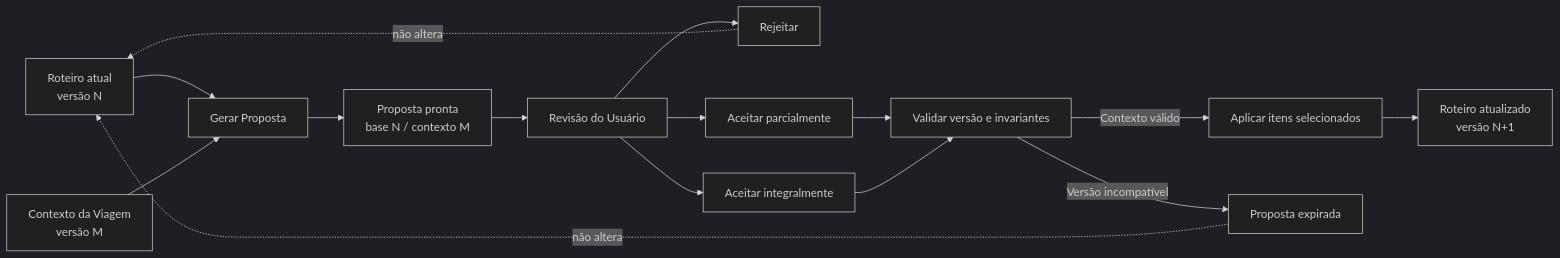
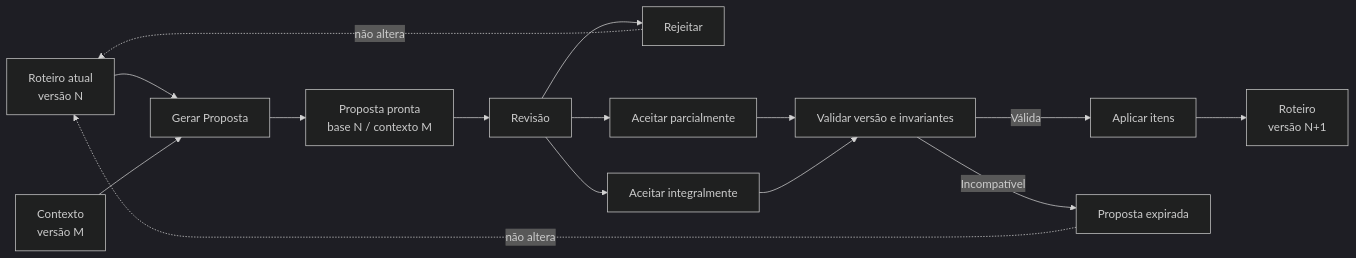
Before and after one commit to collapsy/Routebook: diagram 14 of 17 in docs/domain/domain-model.md, drawn with Mermaid (dark theme). The commit also changed other lines of this file and 1 other file, not shown here.

````diff
--- a/docs/domain/domain-model.md
+++ b/docs/domain/domain-model.md
@@ -2876,34 +2284,34 @@
-```mermaid id="27cu0h"
+```mermaid
 flowchart LR
     Current["Roteiro atual<br/>versão N"]
-    Context["Contexto da Viagem<br/>versão M"]
+    Context["Contexto<br/>versão M"]
     Generate["Gerar Proposta"]
     Proposal["Proposta pronta<br/>base N / contexto M"]
-    Review["Revisão do Usuário"]
+    Review["Revisão"]
     Reject["Rejeitar"]
     Partial["Aceitar parcialmente"]
     Full["Aceitar integralmente"]
     Validate["Validar versão e invariantes"]
-    Apply["Aplicar itens selecionados"]
-    Updated["Roteiro atualizado<br/>versão N+1"]
+    Apply["Aplicar itens"]
+    Updated["Roteiro<br/>versão N+1"]
     Expired["Proposta expirada"]
 
     Current --> Generate
     Context --> Generate
     Generate --> Proposal
     Proposal --> Review
 
     Review --> Reject
     Review --> Partial
     Review --> Full
 
     Partial --> Validate
     Full --> Validate
 
-    Validate -->|Contexto válido| Apply
-    Validate -->|Versão incompatível| Expired
+    Validate -->|Válida| Apply
+    Validate -->|Incompatível| Expired
     Apply --> Updated
 
-    Reject -. "não altera" .-> Current
-    Expired -. "não altera" .-> Current
+    Reject -.->|não altera| Current
+    Expired -.->|não altera| Current
 ```
````
